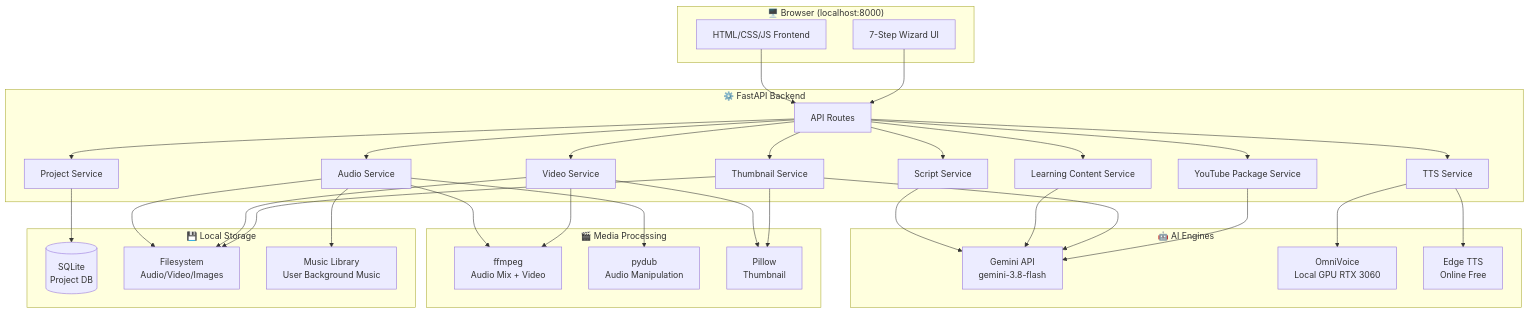
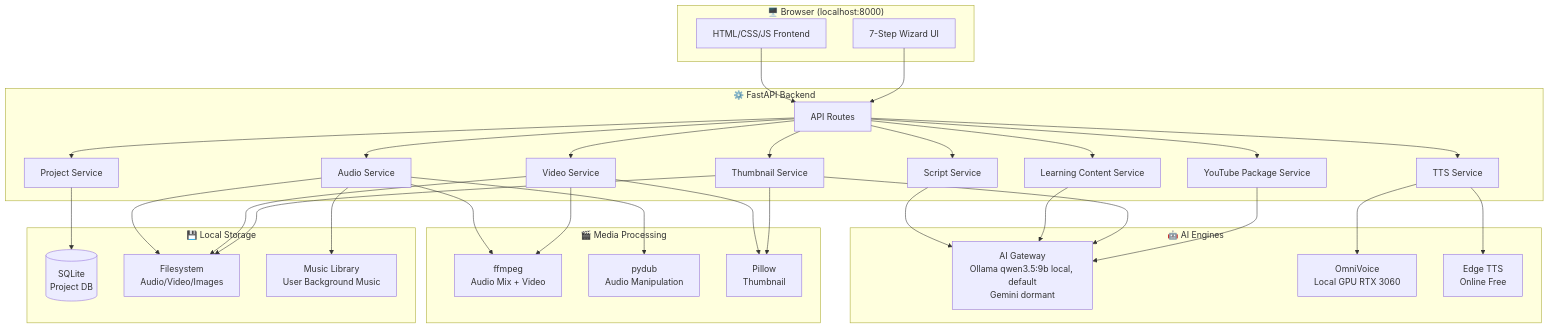
Before and after one commit to danghoangsqtt-sys/dailyintelenglish: the first of 3 diagrams in .viepilot/ARCHITECTURE.md, drawn with Mermaid. The commit also changed other lines of this file and 5 other files, not shown here.

````diff
--- a/.viepilot/ARCHITECTURE.md
+++ b/.viepilot/ARCHITECTURE.md
@@ -57,49 +60,49 @@
 ```mermaid
 graph TB
     subgraph Browser["🖥️ Browser (localhost:8000)"]
         UI[HTML/CSS/JS Frontend]
         WZ[7-Step Wizard UI]
     end
 
     subgraph FastAPI["⚙️ FastAPI Backend"]
         AR[API Routes]
         SS[Script Service]
         LCS[Learning Content Service]
         TS[TTS Service]
         AS[Audio Service]
         VS[Video Service]
         THS[Thumbnail Service]
         PS[Project Service]
         YTS[YouTube Package Service]
     end
 
     subgraph AI["🤖 AI Engines"]
-        GEM[Gemini API\ngemini-3.8-flash]
+        GEM[AI Gateway\nOllama qwen3.5:9b local, default\nGemini dormant]
         OV[OmniVoice\nLocal GPU RTX 3060]
         ETSS[Edge TTS\nOnline Free]
     end
 
     subgraph Media["🎬 Media Processing"]
         FFMP[ffmpeg\nAudio Mix + Video]
         PDY[pydub\nAudio Manipulation]
         PIL[Pillow\nThumbnail]
     end
 
     subgraph Storage["💾 Local Storage"]
         DB[(SQLite\nProject DB)]
         FS[Filesystem\nAudio/Video/Images]
         ML[Music Library\nUser Background Music]
     end
 
     UI --> AR
     WZ --> AR
     AR --> SS & LCS & TS & AS & VS & THS & PS & YTS
     SS & LCS --> GEM
     TS --> OV & ETSS
     AS --> FFMP & PDY & ML
     VS --> FFMP & PIL
     THS --> GEM & PIL
     YTS --> GEM
     PS --> DB
     AS & VS & THS --> FS
 ```
````
